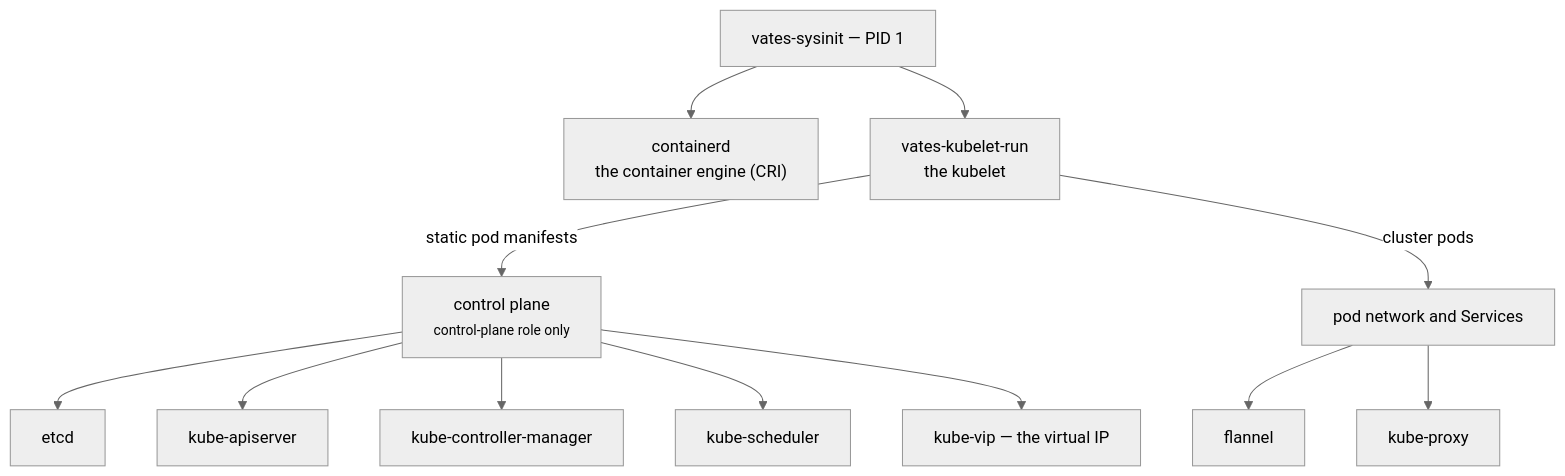
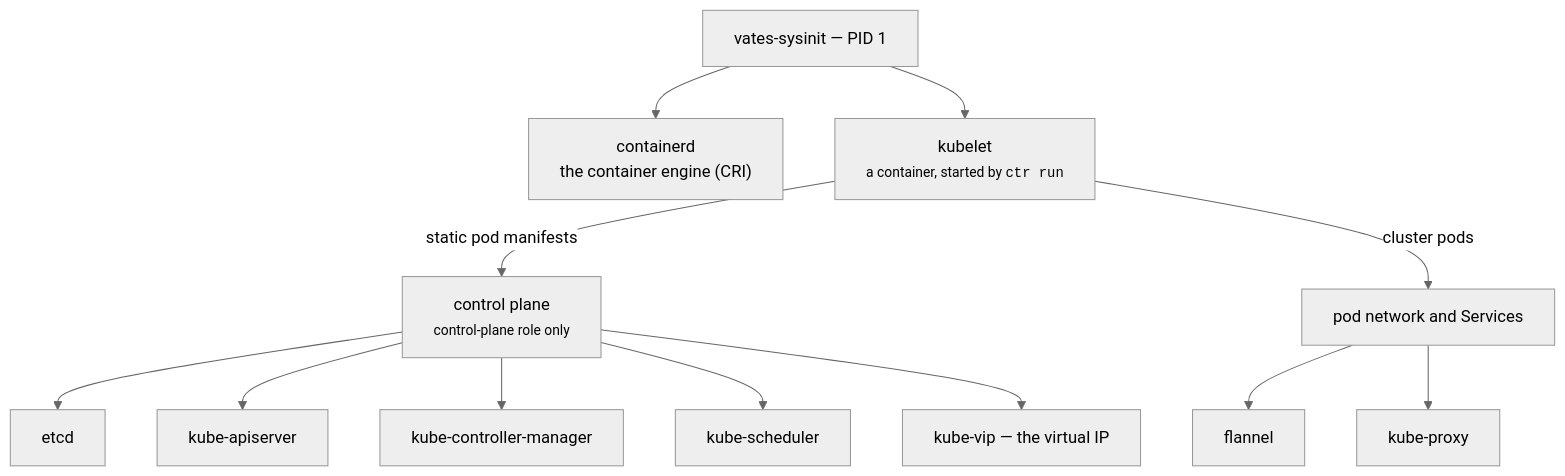
One commit to littlejo/vates-kube-os changed the second of 3 diagrams in docs/ARCHITECTURE.md. Above: the diagram before and after it, drawn with Mermaid (neutral theme). The commit also changed other lines of this file and 11 other files, not shown here.

First line of the commit message:
refactor(kubelet): start the container with ctr run, drop the custom runner

````diff
--- a/docs/ARCHITECTURE.md
+++ b/docs/ARCHITECTURE.md
@@ -51,19 +51,19 @@
 ```mermaid
 flowchart TD
     pid1["vates-sysinit — PID 1"]
 
     pid1 --> containerd["containerd<br/>the container engine (CRI)"]
-    pid1 --> kubelet["vates-kubelet-run<br/>the kubelet"]
+    pid1 --> kubelet["kubelet<br/><small>a container, started by <code>ctr run</code></small>"]
 
     kubelet -->|"static pod manifests"| cp["control plane<br/><small>control-plane role only</small>"]
     kubelet -->|"cluster pods"| net["pod network and Services"]
 
     cp --> etcd["etcd"]
     cp --> api["kube-apiserver"]
     cp --> cm["kube-controller-manager"]
     cp --> sched["kube-scheduler"]
     cp --> vip["kube-vip — the virtual IP"]
 
     net --> flannel["flannel"]
     net --> kproxy["kube-proxy"]
 ```
````
